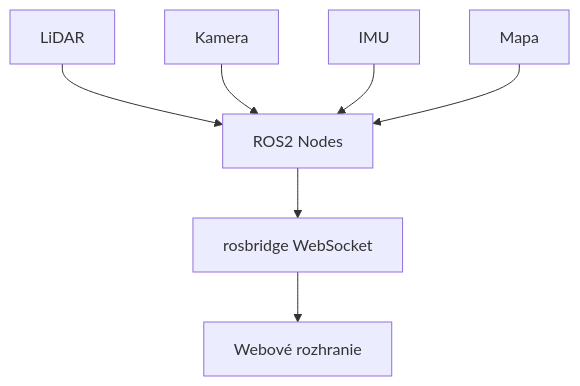
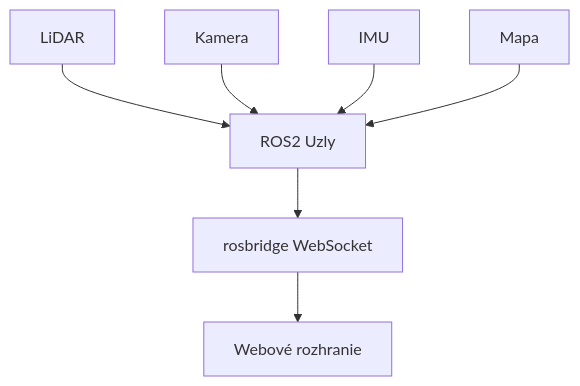
The diagram in README.md (STU-FEI-TP26-FAST-LIVO2/ROS2-Visualization), drawn with Mermaid before and after one commit. The commit also changed other lines of this file, not shown here.

````diff
--- a/README.md
+++ b/README.md
@@ -21,16 +21,16 @@
 ```mermaid
 graph TD
 
     A[LiDAR]
     B[Kamera]
     C[IMU]
     D[Mapa]
 
-    A --> E[ROS2 Nodes]
+    A --> E[ROS2 Uzly]
     B --> E
     C --> E
     D --> E
 
     E --> F[rosbridge WebSocket]
     F --> G[Webové rozhranie]
 ```
````
